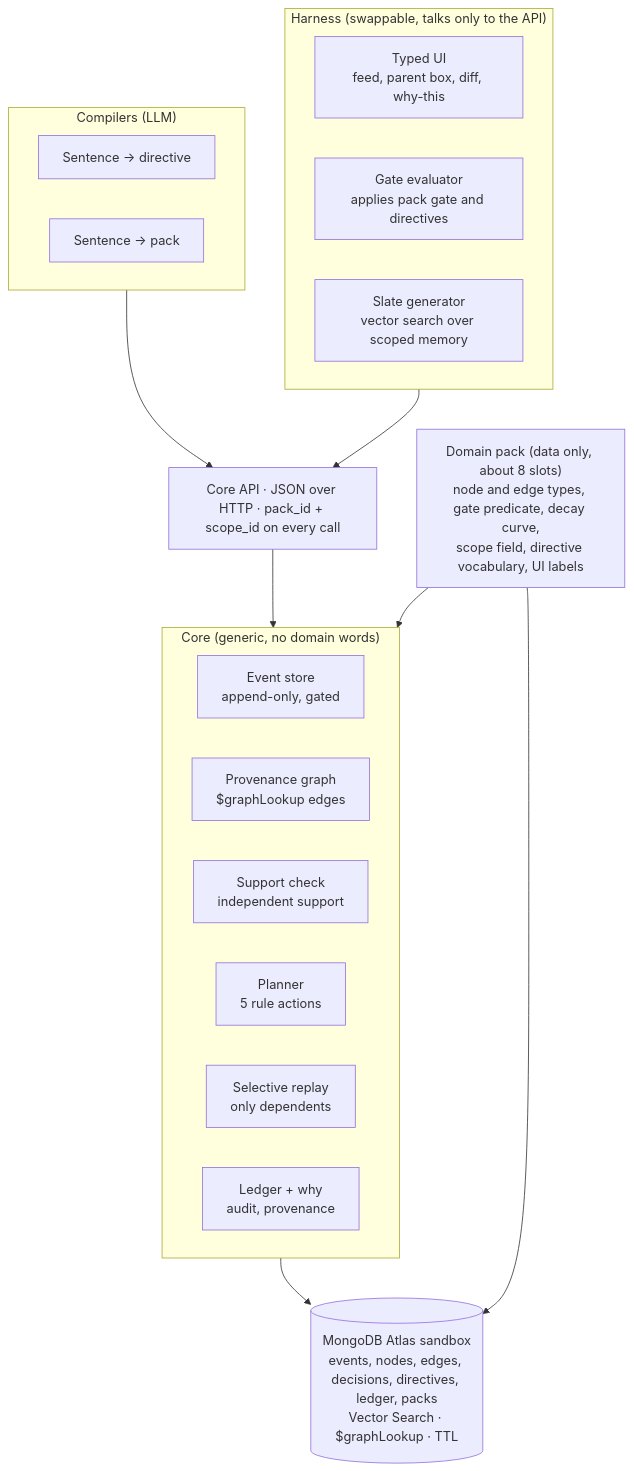
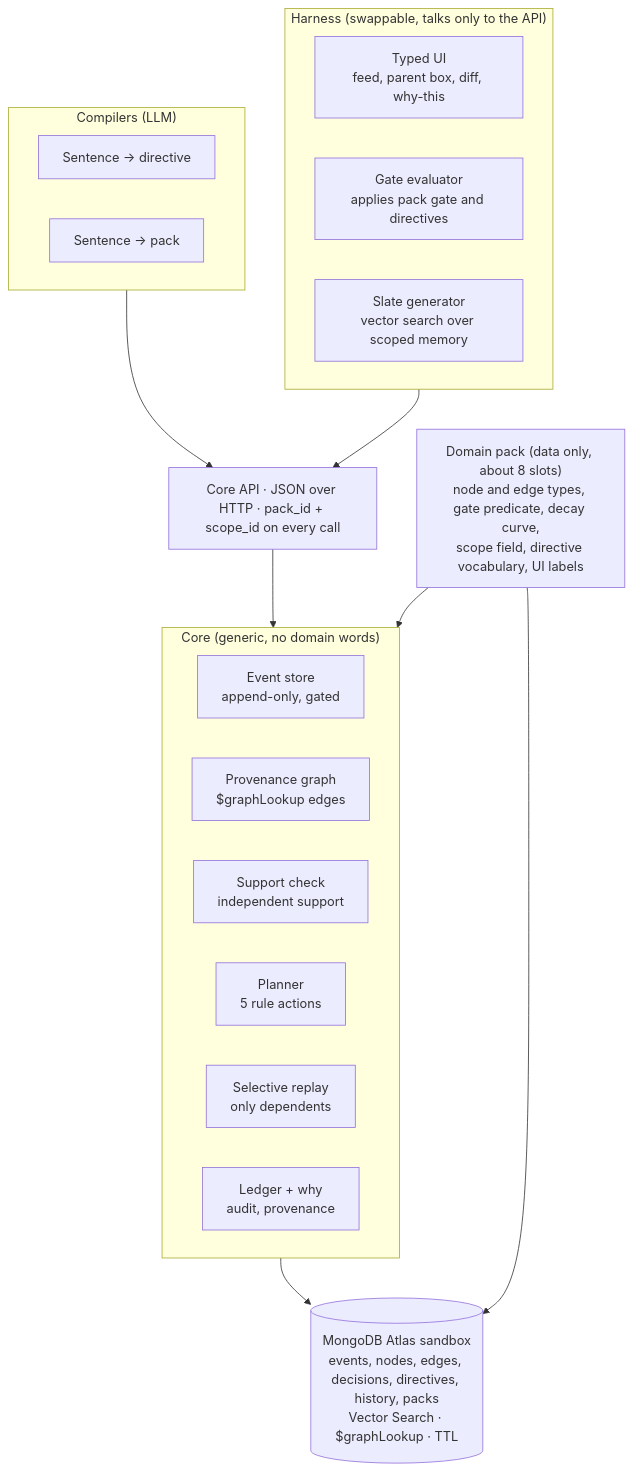
One commit to aniketqxp/mongodb-hackathon changed the first of 2 diagrams in docs/TECHNICAL_DOCUMENTATION.md. Above: the diagram before and after it, drawn with Mermaid. The commit also changed other lines of this file and 4 other files, not shown here.

````diff
--- a/docs/TECHNICAL_DOCUMENTATION.md
+++ b/docs/TECHNICAL_DOCUMENTATION.md
@@ -33,29 +33,29 @@
 ```mermaid
 flowchart TB
   subgraph H["Harness (swappable, talks only to the API)"]
     UI["Typed UI<br/>feed, parent box, diff, why-this"]
     GE["Gate evaluator<br/>applies pack gate and directives"]
     SG["Slate generator<br/>vector search over scoped memory"]
   end
   subgraph C["Compilers (LLM)"]
     C1["Sentence → directive"]
     C2["Sentence → pack"]
   end
   API["Core API · JSON over HTTP · pack_id + scope_id on every call"]
   subgraph CORE["Core (generic, no domain words)"]
     ES["Event store<br/>append-only, gated"]
     PG["Provenance graph<br/>$graphLookup edges"]
     SC["Support check<br/>independent support"]
     PL["Planner<br/>5 rule actions"]
     RP["Selective replay<br/>only dependents"]
     LG["Ledger + why<br/>audit, provenance"]
   end
   PACK["Domain pack (data only, about 8 slots)<br/>node and edge types, gate predicate, decay curve,<br/>scope field, directive vocabulary, UI labels"]
-  ATLAS[("MongoDB Atlas sandbox<br/>events, nodes, edges, decisions, directives, ledger, packs<br/>Vector Search · $graphLookup · TTL")]
+  ATLAS[("MongoDB Atlas sandbox<br/>events, nodes, edges, decisions, directives, history, packs<br/>Vector Search · $graphLookup · TTL")]
   H --> API
   C --> API
   API --> CORE
   PACK --> CORE
   CORE --> ATLAS
   PACK --> ATLAS
 ```
````
